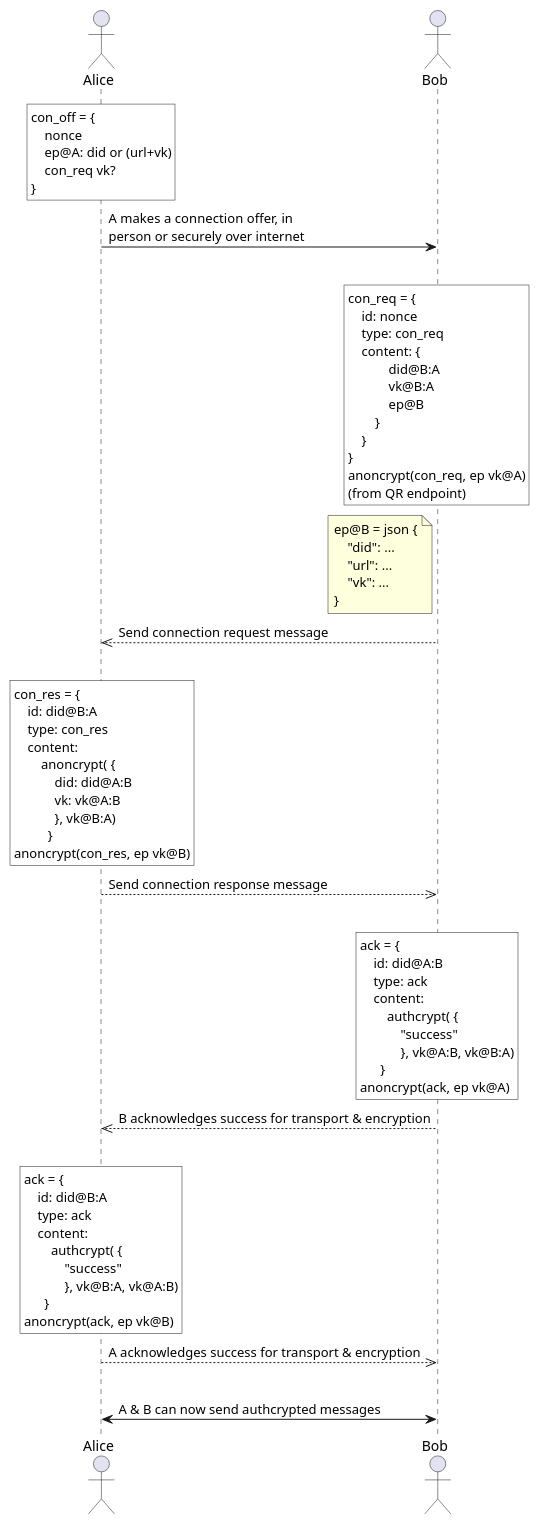
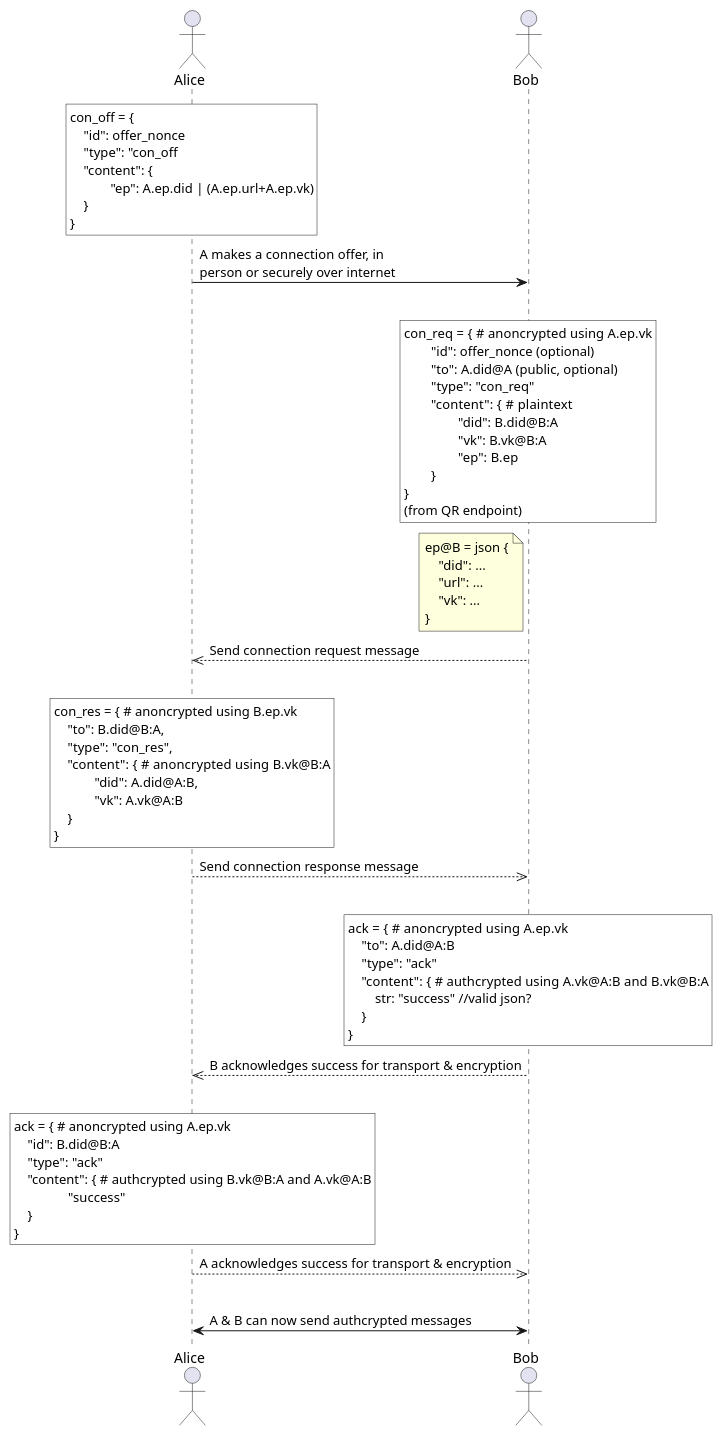
The diagram in text/messaging-protocol/establishing_connection.puml (hyperledger/indy-hipe), drawn with PlantUML before and after one commit. The commit also changed 1 other file, not shown here.

```diff
--- a/text/messaging-protocol/establishing_connection.puml
+++ b/text/messaging-protocol/establishing_connection.puml
@@ -1,111 +1,106 @@
 @startuml
 
 ' class Dummy {
 '   {field} A field (despite parentheses)
 '   {method} Some method
 ' }
 
 actor Alice as A
 'participant "Alice's\nAgent" as A
 'participant "Bob's\nAgent" as B
 actor Bob as B
 
 
 rnote over A #white
 con_off = {
-    nonce
-    ep@A: did or (url+vk)
-    con_req vk?
+    "id": offer_nonce
+    "type": "con_off
+    "content": {
+	    "ep": A.ep.did | (A.ep.url+A.ep.vk)
+    }
 }
 end note
 
 
 A -> B: A makes a connection offer, in\nperson or securely over internet
 |||
 
 
 'This adds the rectangles on the lines=
 
 rnote over B #white
-con_req = {
-    id: nonce
-    type: con_req
-    content: {
-            did@B:A
-            vk@B:A
-            ep@B
-        }
-    }
+con_req = {  # anoncrypted using A.ep.vk
+	"id": offer_nonce (optional)
+	"to": A.did@A (public, optional)
+	"type": "con_req"
+	"content": {  # plaintext
+		"did": B.did@B:A
+		"vk": B.vk@B:A
+		"ep": B.ep
+	}
 }
-anoncrypt(con_req, ep vk@A)
 (from QR endpoint)
 end note
 
 note left of B
 ep@B = json {
     "did": ...
     "url": ...
     "vk": ...
 }
 end note
 
 
 'B -> B: Could optionally encrypt content\nusing additional key sent in offer
 
 B -->> A: Send connection request message
 |||
 
 rnote over A #white
-con_res = {
-    id: did@B:A
-    type: con_res
-    content:
-        anoncrypt( {
-            did: did@A:B
-            vk: vk@A:B
-            }, vk@B:A)
-          }
-anoncrypt(con_res, ep vk@B)
+con_res = { # anoncrypted using B.ep.vk
+    "to": B.did@B:A,
+    "type": "con_res",
+    "content": {  # anoncrypted using B.vk@B:A
+            "did": A.did@A:B,
+            "vk": A.vk@A:B
+    }
+}
 end note
 
 
 A -->> B: Send connection response message
 |||
 
 rnote over B #white
-ack = {
-    id: did@A:B
-    type: ack
-    content:
-        authcrypt( {
-            "success"
-            }, vk@A:B, vk@B:A)
-      }
-anoncrypt(ack, ep vk@A)
+ack = {  # anoncrypted using A.ep.vk
+    "to": A.did@A:B
+    "type": "ack"
+    "content": {  # authcrypted using A.vk@A:B and B.vk@B:A
+    	str: "success" //valid json?
+    }
+}
 end note
 
 
 B -->> A: B acknowledges success for transport & encryption 
 |||
 
 rnote over A #white
-ack = {
-    id: did@B:A
-    type: ack
-    content:
-        authcrypt( {
-            "success"
-            }, vk@B:A, vk@A:B)
-      }
-anoncrypt(ack, ep vk@B)
+ack = { # anoncrypted using A.ep.vk
+    "id": B.did@B:A
+    "type": "ack"
+    "content": { # authcrypted using B.vk@B:A and A.vk@A:B
+        	"success"
+    }
+}
 end note
 
 
 A -->> B: A acknowledges success for transport & encryption 
 |||
 
 A <-> B: A & B can now send authcrypted messages
 
 
 
 @enduml
```
